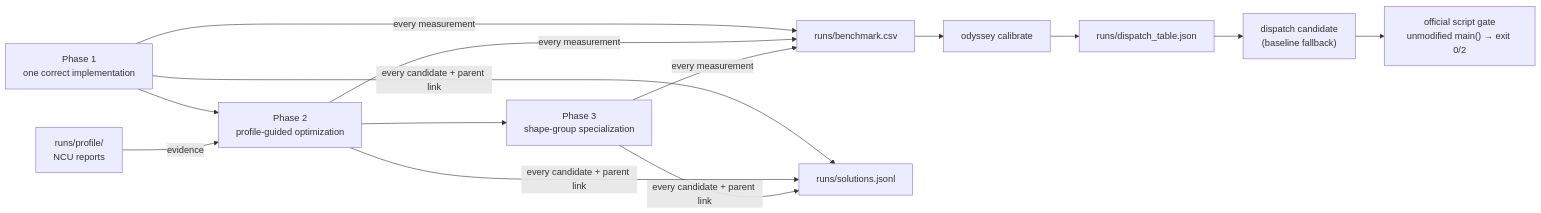
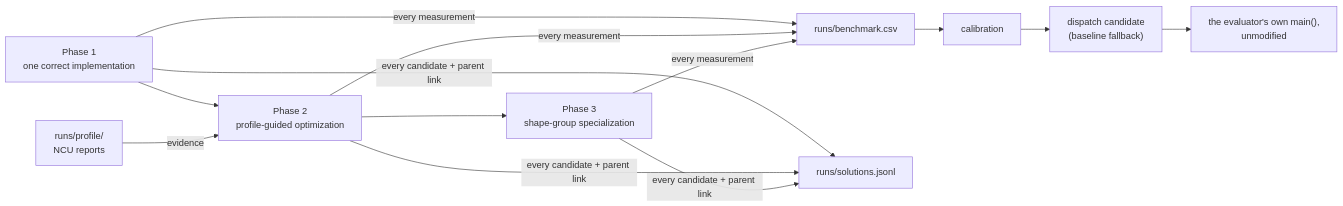
One commit to justkyriecai/the-odyssey-of-a-kernel changed the diagram in README.md. Above: the diagram before and after it, drawn with Mermaid. The commit also changed other lines of this file and 79 other files, not shown here.

````diff
--- a/README.md
+++ b/README.md
@@ -54,14 +52,13 @@
 ```mermaid
 flowchart LR
     P1["Phase 1<br/>one correct implementation"] --> P2["Phase 2<br/>profile-guided optimization"]
     P2 --> P3["Phase 3<br/>shape-group specialization"]
     NCU["runs/profile/<br/>NCU reports"] -->|evidence| P2
 
     P1 & P2 & P3 -->|every measurement| CSV["runs/benchmark.csv"]
     P1 & P2 & P3 -->|every candidate + parent link| DAG["runs/solutions.jsonl"]
 
-    CSV --> CAL["odyssey calibrate"]
-    CAL --> TBL["runs/dispatch_table.json"]
-    TBL --> DSP["dispatch candidate<br/>(baseline fallback)"]
-    DSP --> GATE["official script gate<br/>unmodified main() &rarr; exit 0/2"]
+    CSV --> CAL["calibration"]
+    CAL --> DSP["dispatch candidate<br/>(baseline fallback)"]
+    DSP --> GATE["the evaluator's own main(),<br/>unmodified"]
 ```
````
